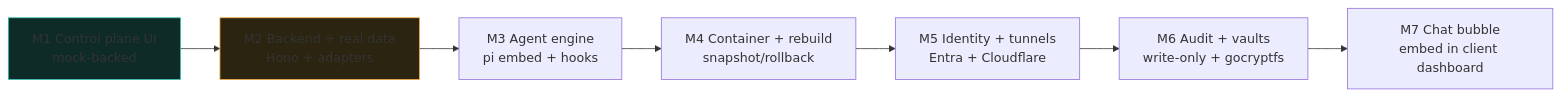
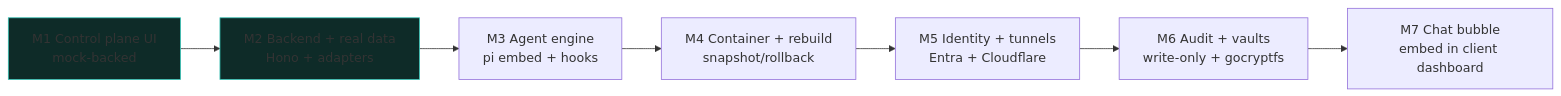
The diagram in docs/reference/prd/PRD-000-product-shape.md (DreamLab-AI/docBox), drawn with Mermaid before and after one commit. The commit also changed other lines of this file and 34 other files, not shown here.

````diff
--- a/docs/reference/prd/PRD-000-product-shape.md
+++ b/docs/reference/prd/PRD-000-product-shape.md
@@ -29,13 +29,13 @@
 ```mermaid
 flowchart LR
   M1[M1 Control plane UI\nmock-backed] --> M2[M2 Backend + real data\nHono + adapters]
   M2 --> M3[M3 Agent engine\npi embed + hooks]
   M3 --> M4[M4 Container + rebuild\nsnapshot/rollback]
   M4 --> M5[M5 Identity + tunnels\nEntra + Cloudflare]
   M5 --> M6[M6 Audit + vaults\nwrite-only + gocryptfs]
   M6 --> M7[M7 Chat bubble\nembed in client dashboard]
   classDef done fill:#0e2b28,stroke:#33c2b4;
   classDef active fill:#2b2410,stroke:#f0a53a;
   class M1 done;
-  class M2 active;
+  class M2 done;
 ```
````
